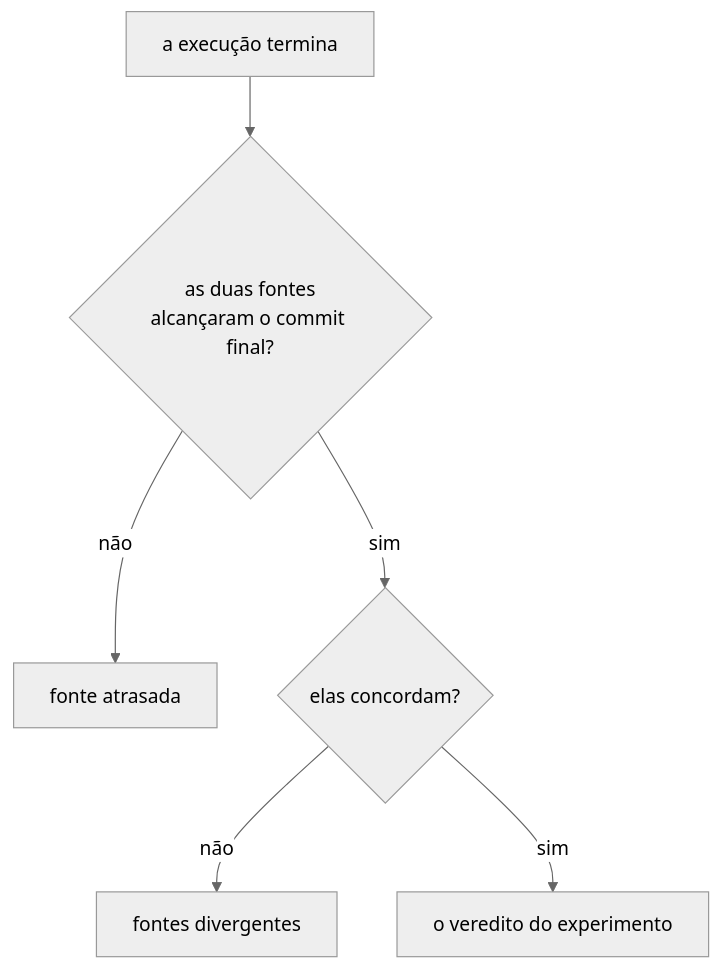
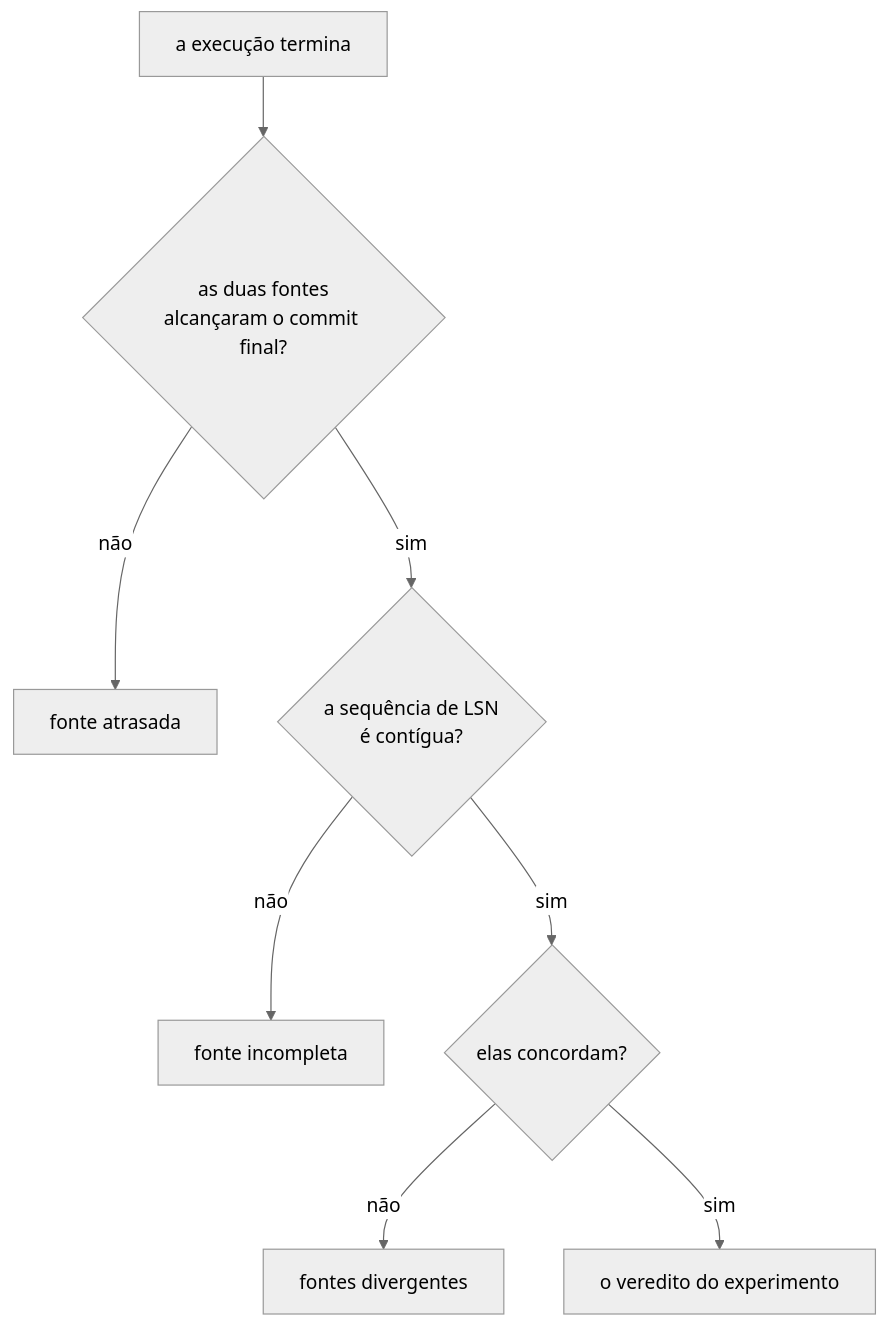
One commit to da0hn/distributed-systems-experiment-lab changed the second of 2 diagrams in docs/CONTEXT.md. Above: the diagram before and after it, drawn with Mermaid (neutral theme). The commit also changed other lines of this file and 4 other files, not shown here.

````diff
--- a/docs/CONTEXT.md
+++ b/docs/CONTEXT.md
@@ -794,8 +818,10 @@
 ```mermaid
 flowchart TD
     E["a execução termina"] --> Q{"as duas fontes<br/>alcançaram o commit final?"}
     Q -->|" não "| A["fonte atrasada"]
-    Q -->|" sim "| D{"elas concordam?"}
+    Q -->|" sim "| C{"a sequência de LSN<br/>é contígua?"}
+    C -->|" não "| I["fonte incompleta"]
+    C -->|" sim "| D{"elas concordam?"}
     D -->|" não "| F["fontes divergentes"]
     D -->|" sim "| V["o veredito do experimento"]
 ```
````
